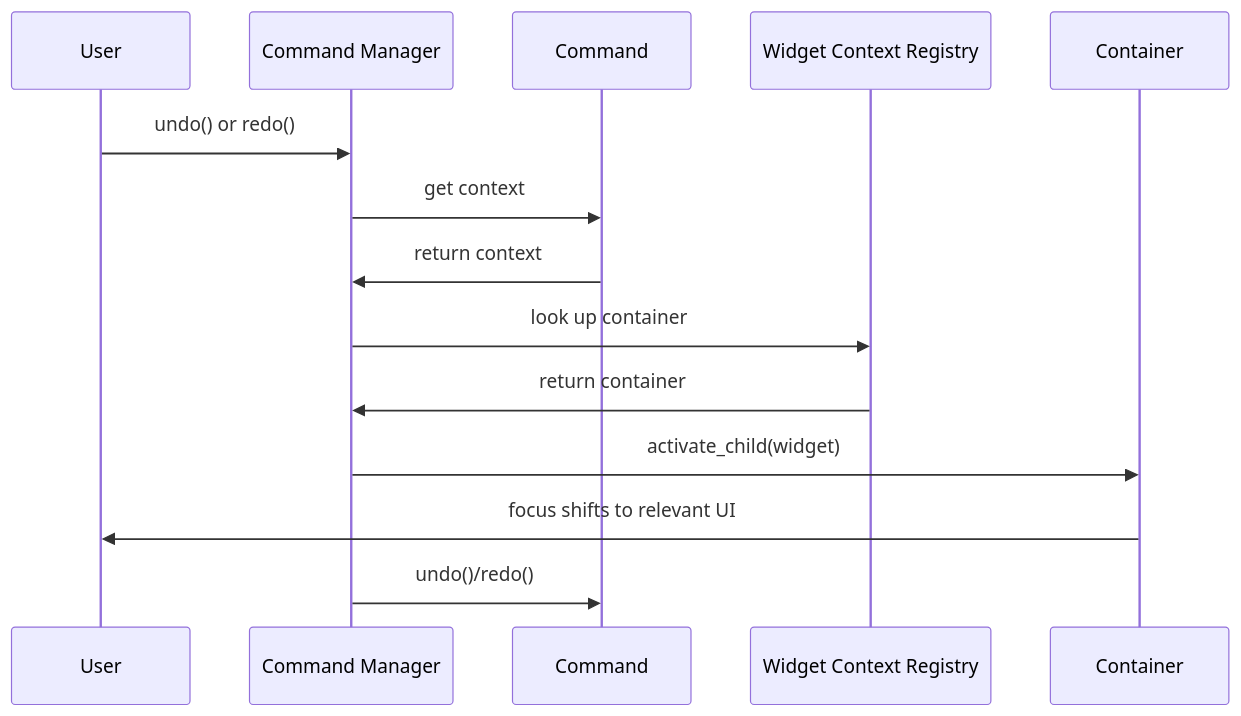
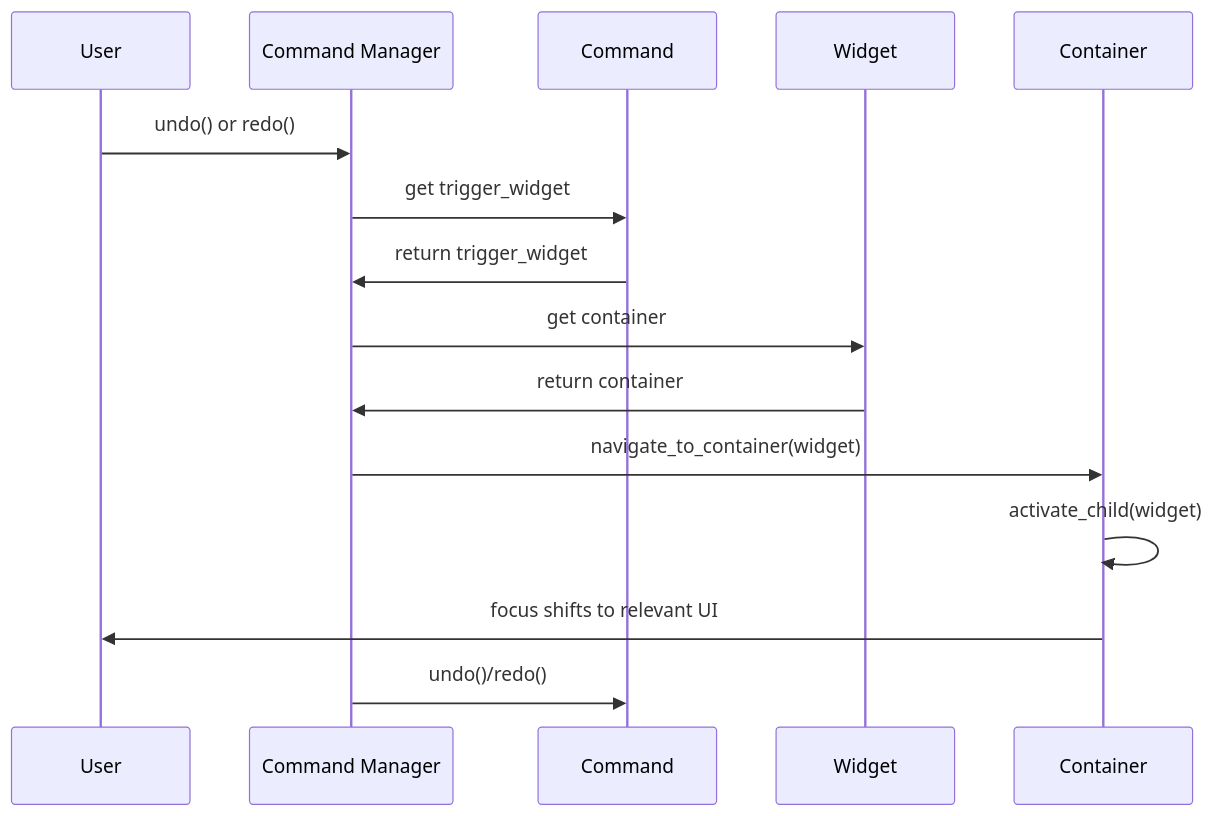
One commit to maro7tigre/PySignalDecipher changed the fourth of 4 diagrams in command_system/docs/planning.md. Above: the diagram before and after it, drawn with Mermaid. The commit also changed other lines of this file and 8 other files, not shown here.

````diff
--- a/command_system/docs/planning.md
+++ b/command_system/docs/planning.md
@@ -65,17 +65,18 @@
 ```mermaid
 sequenceDiagram
     participant User
     participant CommandManager as Command Manager
     participant Command
-    participant WidgetContext as Widget Context Registry
+    participant Widget
     participant Container
     
     User->>CommandManager: undo() or redo()
-    CommandManager->>Command: get context
-    Command->>CommandManager: return context
-    CommandManager->>WidgetContext: look up container
-    WidgetContext->>CommandManager: return container
-    CommandManager->>Container: activate_child(widget)
+    CommandManager->>Command: get trigger_widget
+    Command->>CommandManager: return trigger_widget
+    CommandManager->>Widget: get container
+    Widget->>CommandManager: return container
+    CommandManager->>Container: navigate_to_container(widget)
+    Container->>Container: activate_child(widget)
     Container->>User: focus shifts to relevant UI
     CommandManager->>Command: undo()/redo()
 ```
````
